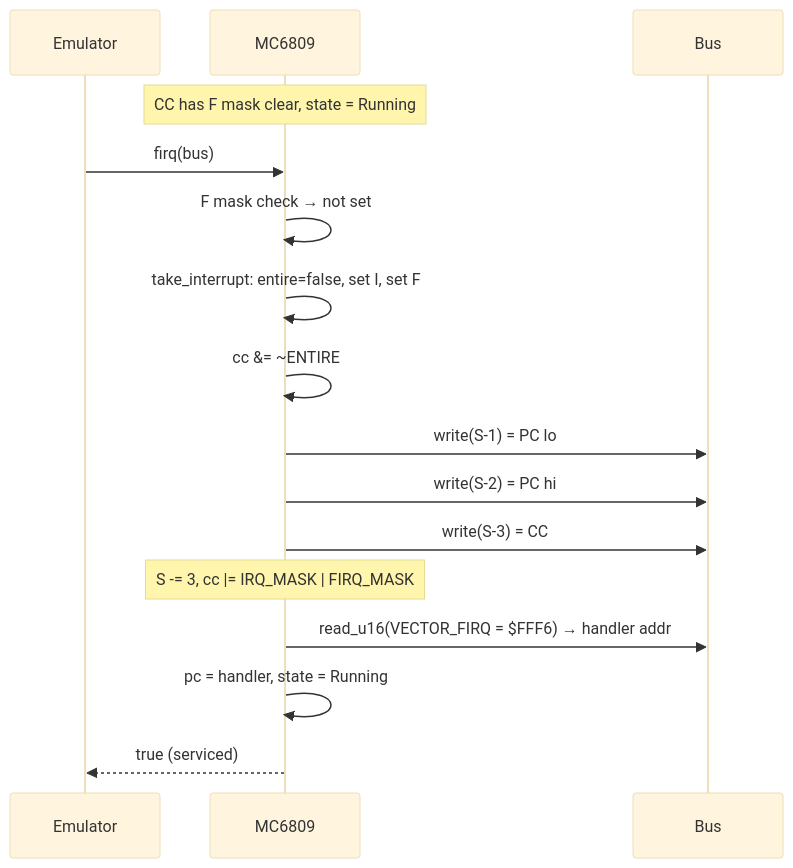
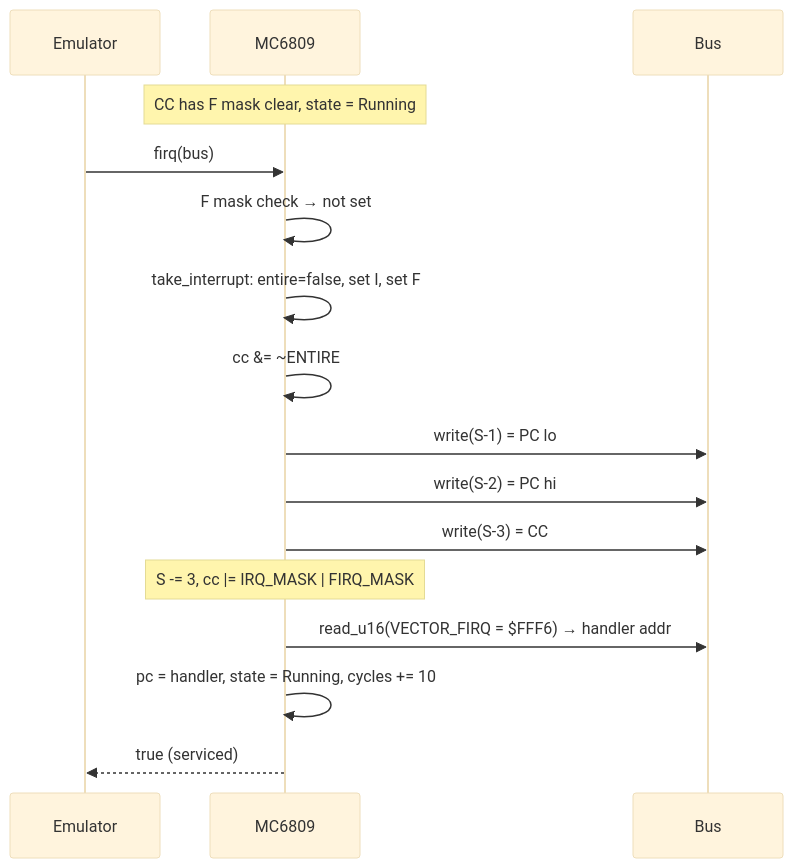
One commit to sperano/cocovm changed the ninth of 12 diagrams in crates/mc6809/diagrams.md. Above: the diagram before and after it, drawn with Mermaid (base theme). The commit also changed other lines of this file and 12 other files, not shown here.

````diff
--- a/crates/mc6809/diagrams.md
+++ b/crates/mc6809/diagrams.md
@@ -316,20 +323,20 @@
 ```mermaid
 sequenceDiagram
     participant Emu as Emulator
     participant CPU as MC6809
     participant Bus as Bus
 
     Note over CPU: CC has F mask clear, state = Running
 
     Emu->>CPU: firq(bus)
     CPU->>CPU: F mask check → not set
     CPU->>CPU: take_interrupt: entire=false, set I, set F
     CPU->>CPU: cc &= ~ENTIRE
     CPU->>Bus: write(S-1) = PC lo
     CPU->>Bus: write(S-2) = PC hi
     CPU->>Bus: write(S-3) = CC
     Note over CPU: S -= 3, cc |= IRQ_MASK | FIRQ_MASK
     CPU->>Bus: read_u16(VECTOR_FIRQ = $FFF6) → handler addr
-    CPU->>CPU: pc = handler, state = Running
+    CPU->>CPU: pc = handler, state = Running, cycles += 10
     CPU-->>Emu: true (serviced)
 ```
````
